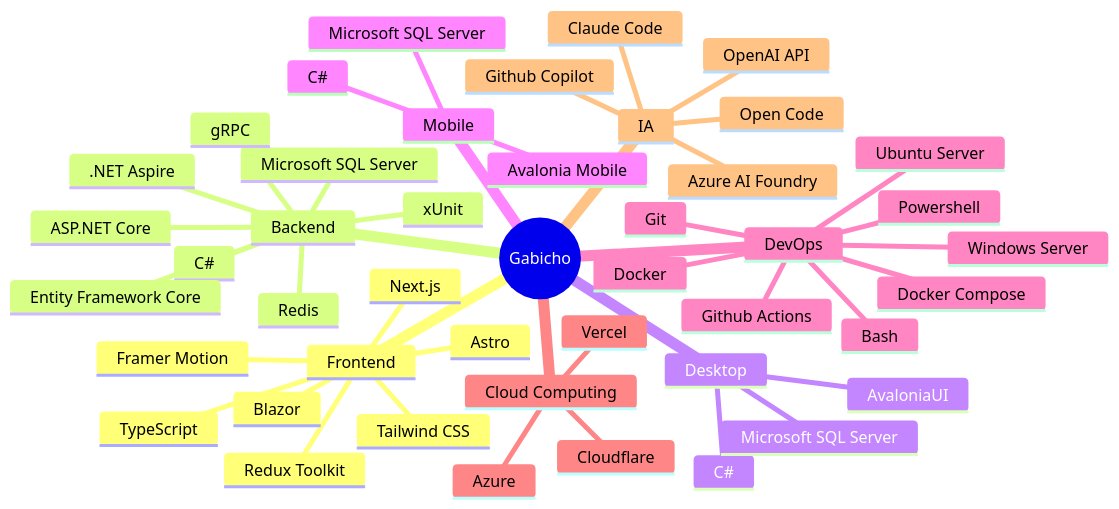
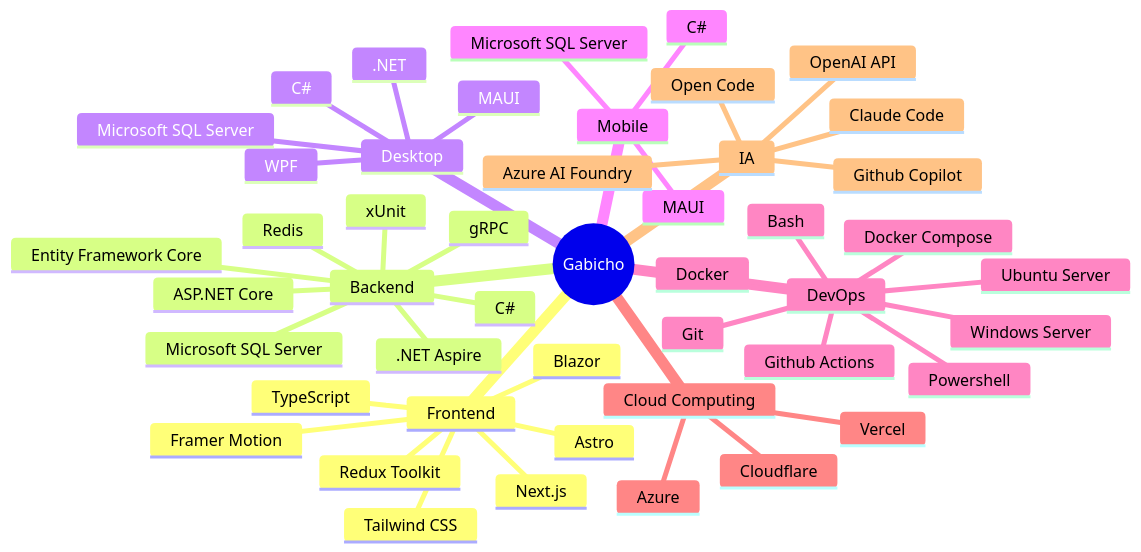
One commit to ArcGabito/ArcGabito changed the diagram in README.md. Above: the diagram before and after it, drawn with Mermaid.

Commit message:
fix: modificando tecnologias

````diff
--- a/README.md
+++ b/README.md
@@ -28,48 +28,50 @@
 ```mermaid
 mindmap
   root((Gabicho))
     Frontend
       Astro
       Blazor
       Next.js
       TypeScript
       Tailwind CSS
       Redux Toolkit
       Framer Motion
     Backend
       C#
       ASP.NET Core
       Entity Framework Core
       Microsoft SQL Server
       .NET Aspire
       gRPC
       xUnit
       Redis
     Desktop
       C#
-      AvaloniaUI
+      .NET
+      WPF
+      MAUI
       Microsoft SQL Server
     Mobile
       C#
-      Avalonia Mobile
+      MAUI
       Microsoft SQL Server
     DevOps
       Windows Server
       Ubuntu Server
       Powershell
       Bash
       Docker
       Docker Compose
       Github Actions
       Git
     Cloud Computing
       Azure
       Cloudflare
       Vercel
     IA
       Azure AI Foundry
       OpenAI API
       Github Copilot
       Open Code
       Claude Code
 ```
````
